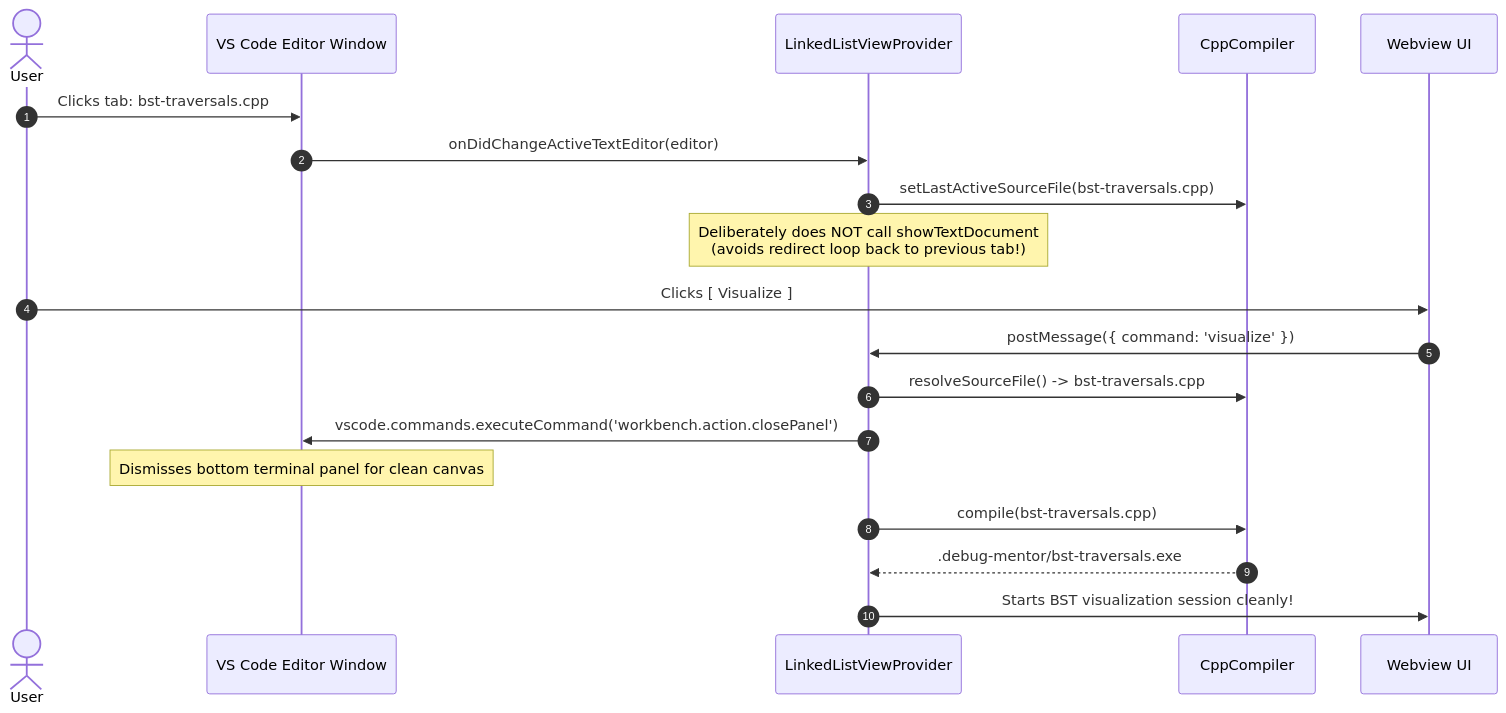
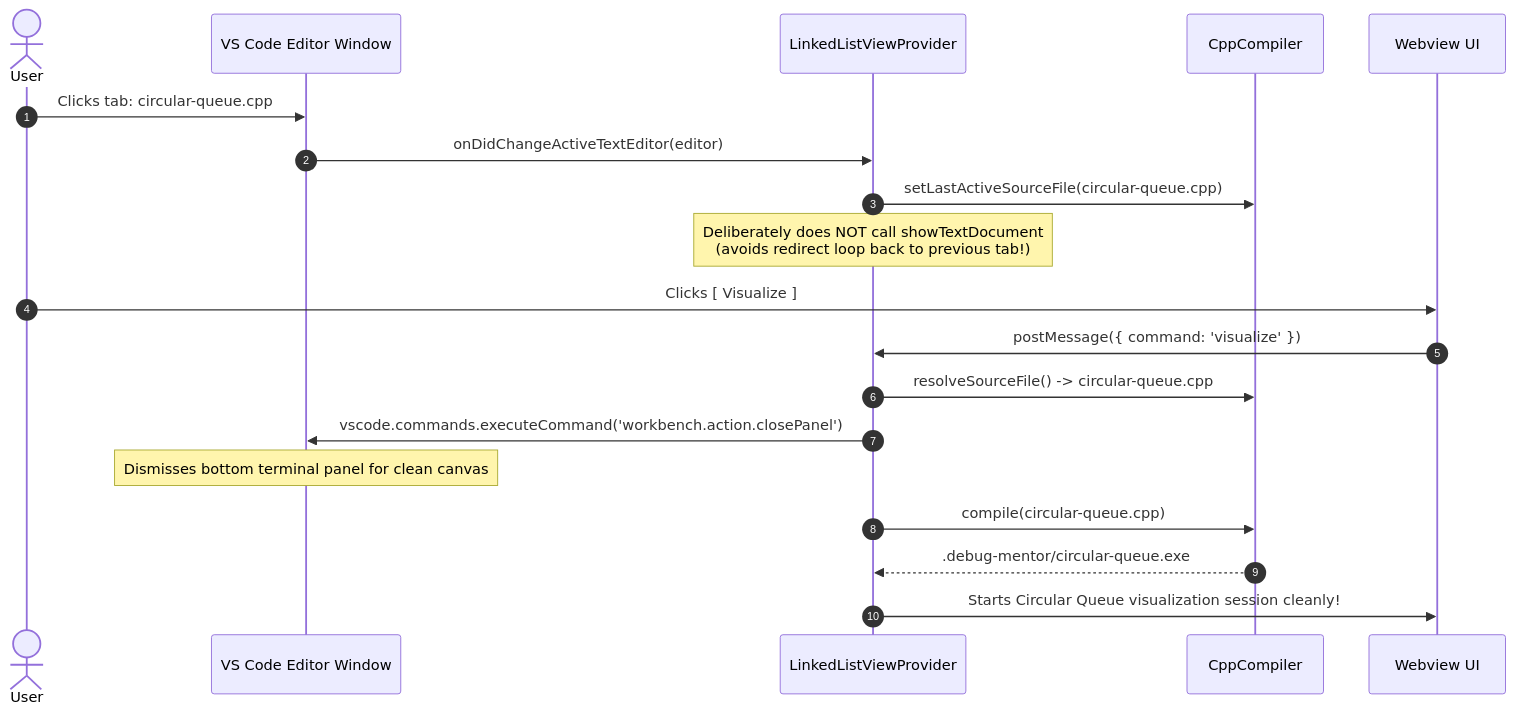
Before and after one commit to KingSahil/Simide: the eighth of 8 diagrams in docs/data-flow.md, drawn with Mermaid. The commit also changed other lines of this file and 7 other files, not shown here.

````diff
--- a/docs/data-flow.md
+++ b/docs/data-flow.md
@@ -224,23 +253,23 @@
 ```mermaid
 sequenceDiagram
     autonumber
     actor User
     participant VSCode as VS Code Editor Window
     participant Provider as LinkedListViewProvider
     participant Compiler as CppCompiler
     participant Webview as Webview UI
 
-    User->>VSCode: Clicks tab: bst-traversals.cpp
+    User->>VSCode: Clicks tab: circular-queue.cpp
     VSCode->>Provider: onDidChangeActiveTextEditor(editor)
-    Provider->>Compiler: setLastActiveSourceFile(bst-traversals.cpp)
+    Provider->>Compiler: setLastActiveSourceFile(circular-queue.cpp)
     Note over Provider: Deliberately does NOT call showTextDocument<br/>(avoids redirect loop back to previous tab!)
     
     User->>Webview: Clicks [ Visualize ]
     Webview->>Provider: postMessage({ command: 'visualize' })
-    Provider->>Compiler: resolveSourceFile() -> bst-traversals.cpp
+    Provider->>Compiler: resolveSourceFile() -> circular-queue.cpp
     Provider->>VSCode: vscode.commands.executeCommand('workbench.action.closePanel')
     Note over VSCode: Dismisses bottom terminal panel for clean canvas
-    Provider->>Compiler: compile(bst-traversals.cpp)
-    Compiler-->>Provider: .debug-mentor/bst-traversals.exe
-    Provider->>Webview: Starts BST visualization session cleanly!
+    Provider->>Compiler: compile(circular-queue.cpp)
+    Compiler-->>Provider: .debug-mentor/circular-queue.exe
+    Provider->>Webview: Starts Circular Queue visualization session cleanly!
 ```
````
